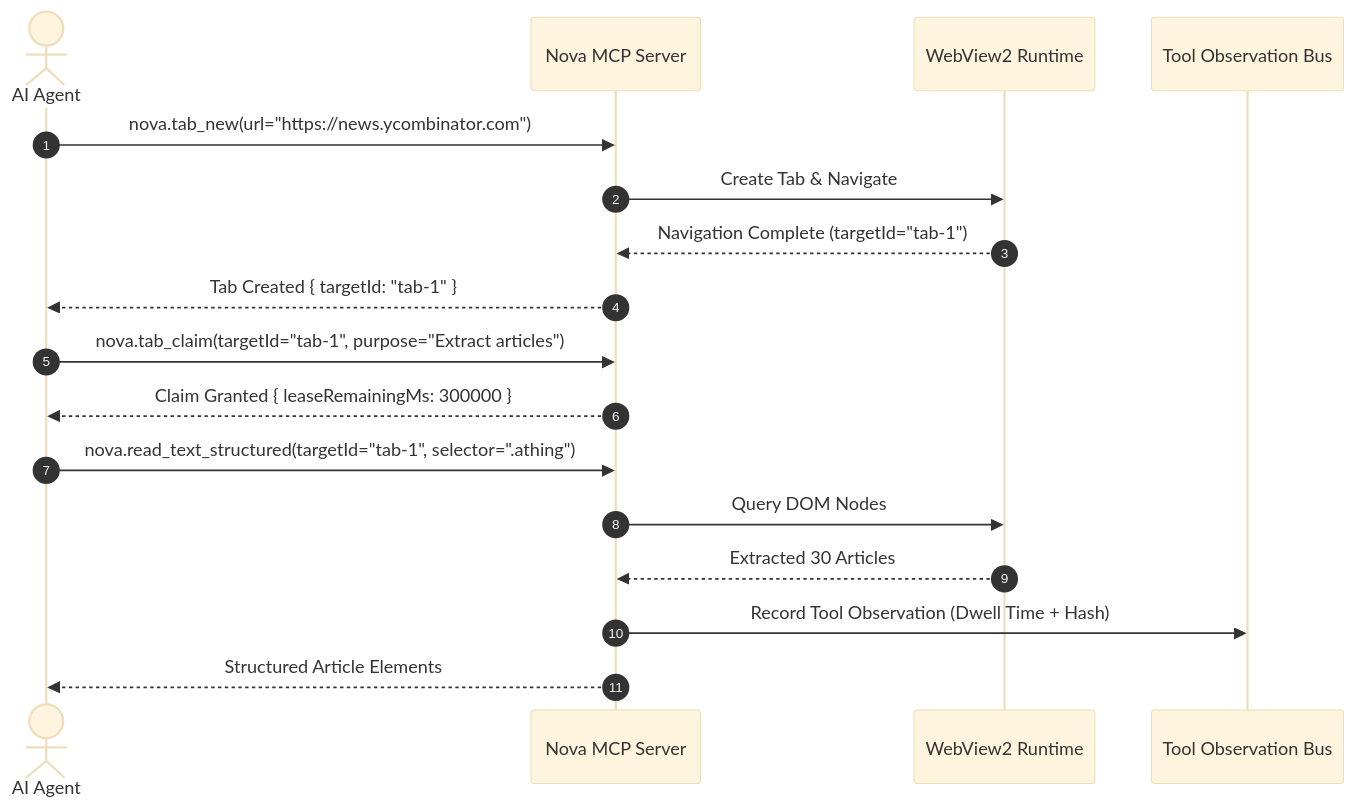
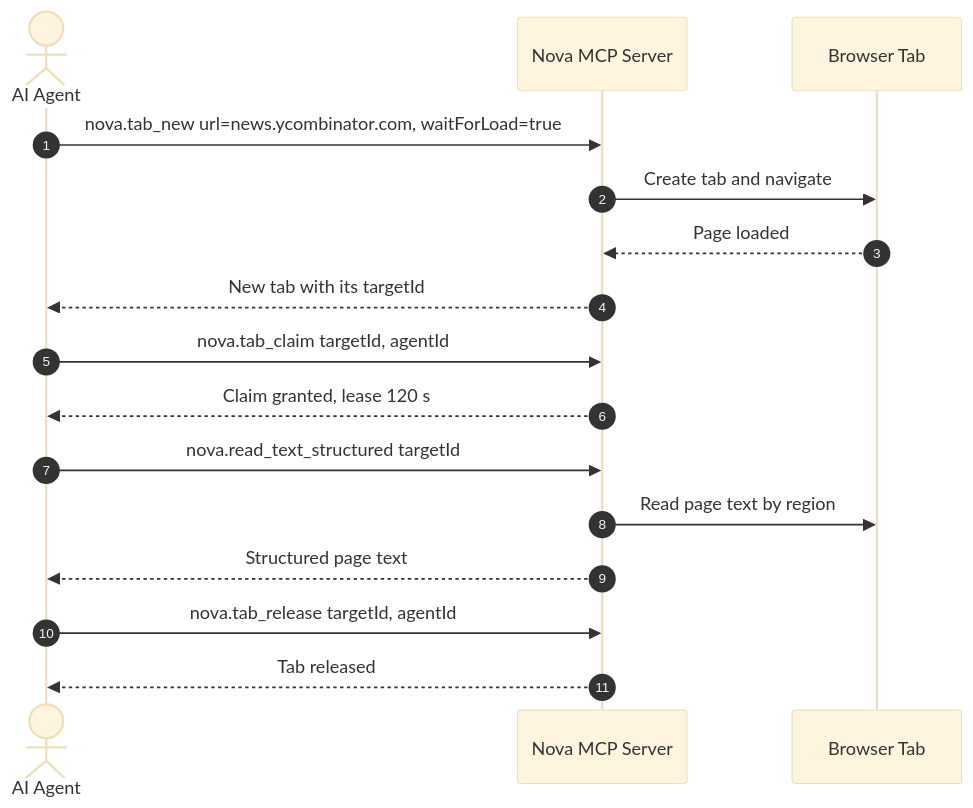
Before and after one commit to joelaniol/nova: the diagram in docs/getting-started/quickstart.md, drawn with Mermaid (base theme). The commit also changed other lines of this file and 495 other files, not shown here.

Commit message:
docs: every page checked against the product; tool pages show real responses and the real tool category

````diff
--- a/docs/getting-started/quickstart.md
+++ b/docs/getting-started/quickstart.md
@@ -71,22 +71,22 @@
 ```mermaid
 sequenceDiagram
     autonumber
     actor Agent as AI Agent
     participant Nova as Nova MCP Server
-    participant WebView as WebView2 Runtime
-    participant TOB as Tool Observation Bus
+    participant Tab as Browser Tab
 
-    Agent->>Nova: nova.tab_new(url="https://news.ycombinator.com")
-    Nova->>WebView: Create Tab & Navigate
-    WebView-->>Nova: Navigation Complete (targetId="tab-1")
-    Nova-->>Agent: Tab Created { targetId: "tab-1" }
+    Agent->>Nova: nova.tab_new url=news.ycombinator.com, waitForLoad=true
+    Nova->>Tab: Create tab and navigate
+    Tab-->>Nova: Page loaded
+    Nova-->>Agent: New tab with its targetId
 
-    Agent->>Nova: nova.tab_claim(targetId="tab-1", purpose="Extract articles")
-    Nova-->>Agent: Claim Granted { leaseRemainingMs: 300000 }
+    Agent->>Nova: nova.tab_claim targetId, agentId
+    Nova-->>Agent: Claim granted, lease 120 s
 
-    Agent->>Nova: nova.read_text_structured(targetId="tab-1", selector=".athing")
-    Nova->>WebView: Query DOM Nodes
-    WebView-->>Nova: Extracted 30 Articles
-    Nova->>TOB: Record Tool Observation (Dwell Time + Hash)
-    Nova-->>Agent: Structured Article Elements
+    Agent->>Nova: nova.read_text_structured targetId
+    Nova->>Tab: Read page text by region
+    Nova-->>Agent: Structured page text
+
+    Agent->>Nova: nova.tab_release targetId, agentId
+    Nova-->>Agent: Tab released
 ```
````
